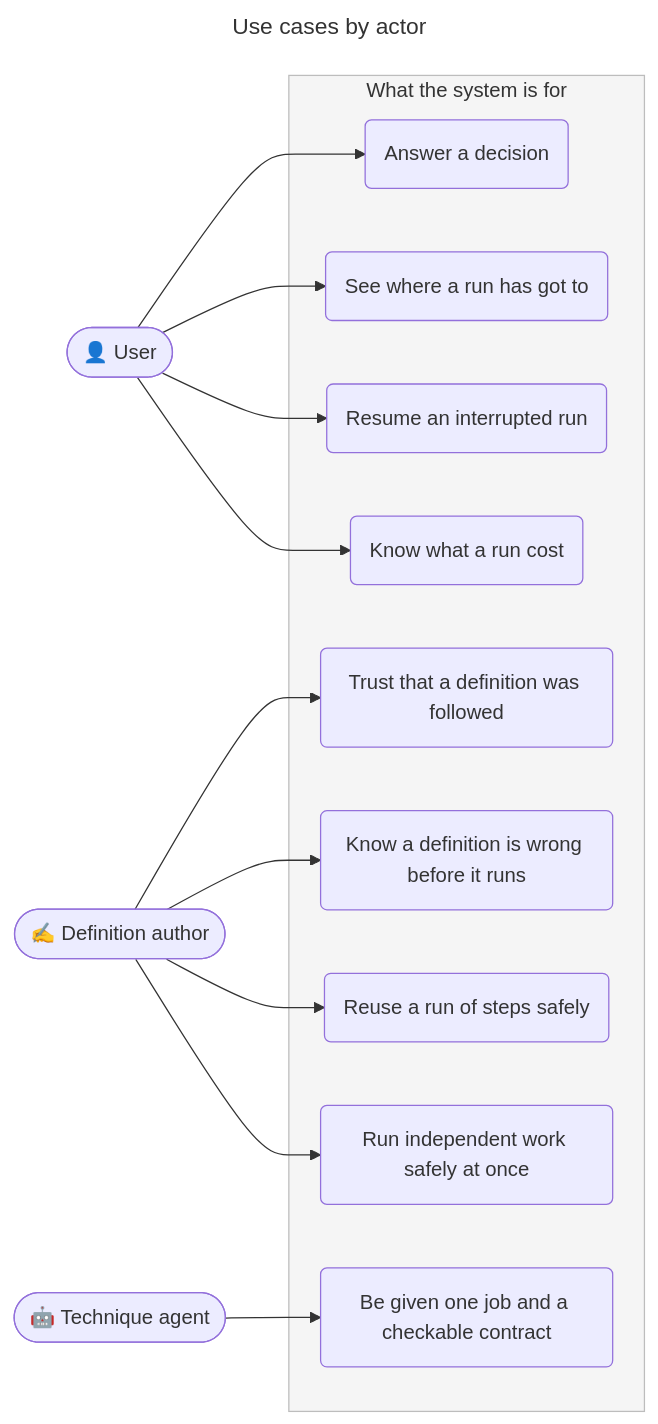
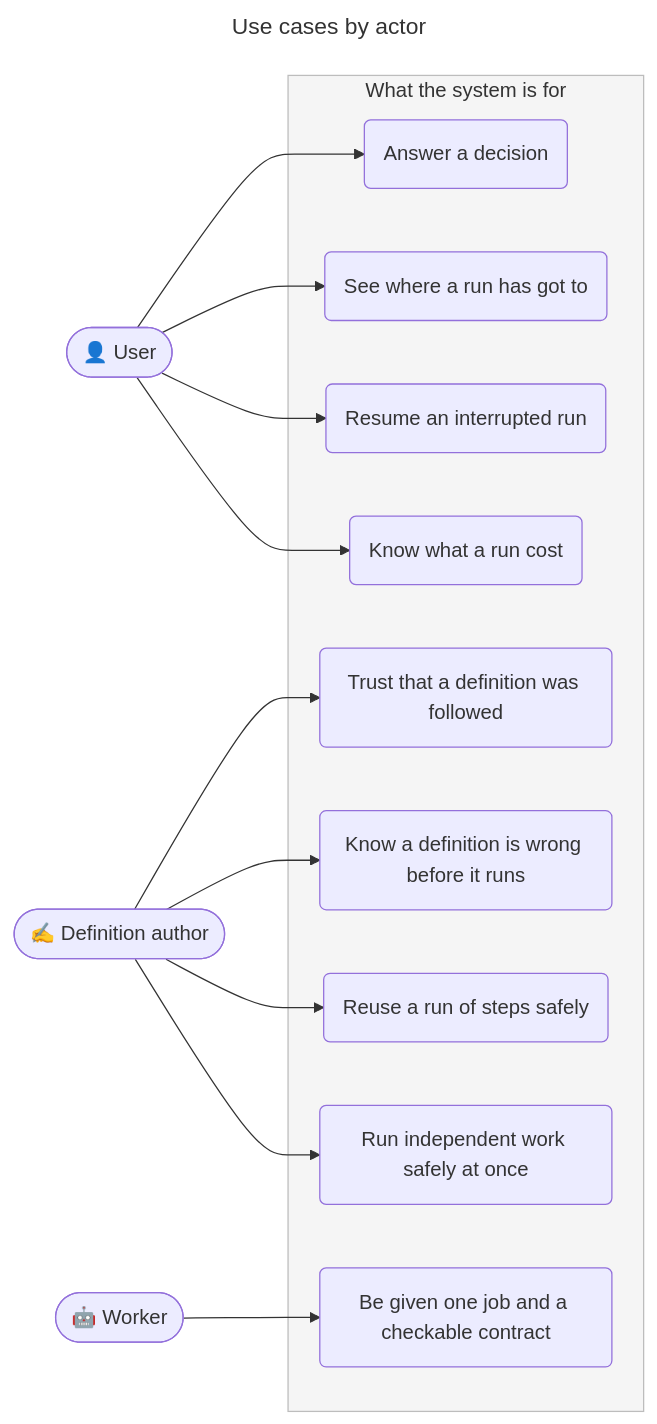
One commit to m2ux/workflow-server changed the second of 15 diagrams in artifacts/planning/2026-08-28-runner-execution-protocol/README.md. Above: the diagram before and after it, drawn with Mermaid. The commit also changed other lines of this file, not shown here.

````diff
--- a/artifacts/planning/2026-08-28-runner-execution-protocol/README.md
+++ b/artifacts/planning/2026-08-28-runner-execution-protocol/README.md
@@ -97,33 +97,33 @@
 ```mermaid
 ---
 title: Use cases by actor
 ---
 flowchart LR
     User([👤 User])
     Author([✍️ Definition author])
-    Agent([🤖 Technique agent])
+    Worker([🤖 Worker])
 
     subgraph Cases [What the system is for]
         UC1(Answer a decision)
         UC2(See where a run has got to)
         UC3(Resume an interrupted run)
         UC4(Know what a run cost)
         UC5(Trust that a definition was followed)
         UC6(Know a definition is wrong before it runs)
         UC7(Reuse a run of steps safely)
         UC8(Run independent work safely at once)
         UC9(Be given one job and a checkable contract)
     end
 
     User --> UC1
     User --> UC2
     User --> UC3
     User --> UC4
     Author --> UC5
     Author --> UC6
     Author --> UC7
     Author --> UC8
-    Agent --> UC9
+    Worker --> UC9
 
     style Cases fill:#f5f5f5,stroke:#bdbdbd
 ```
````
